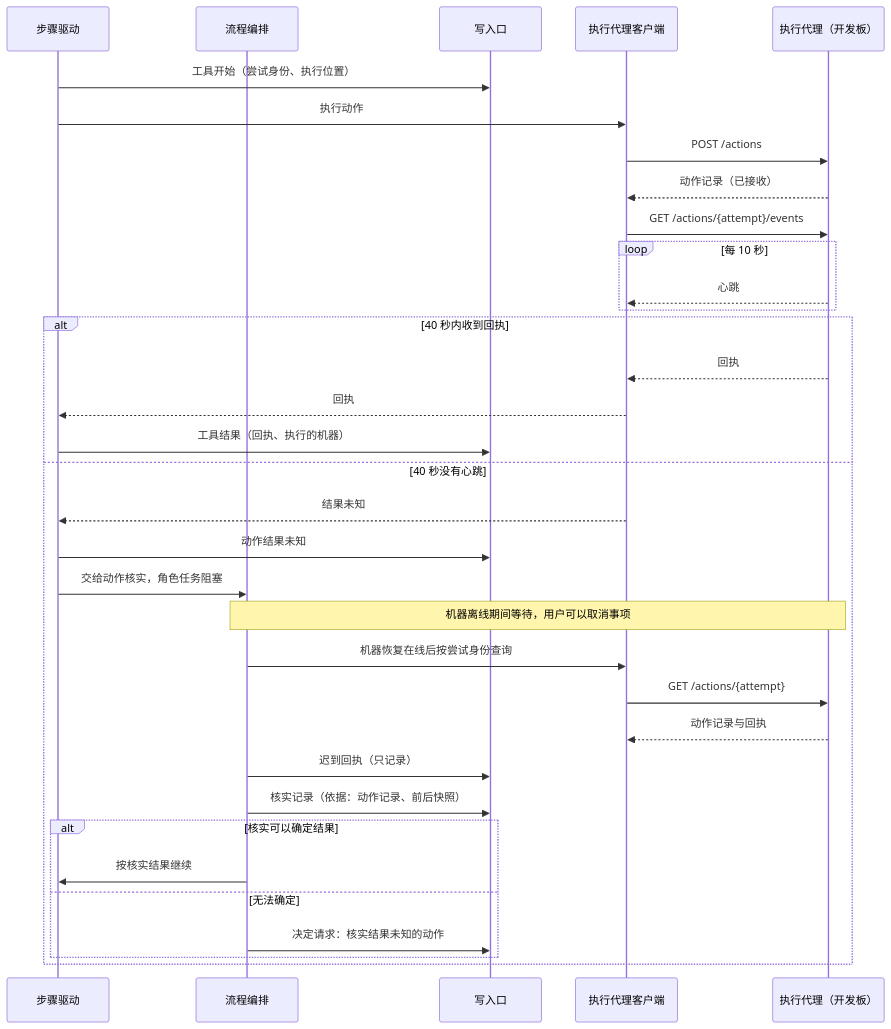
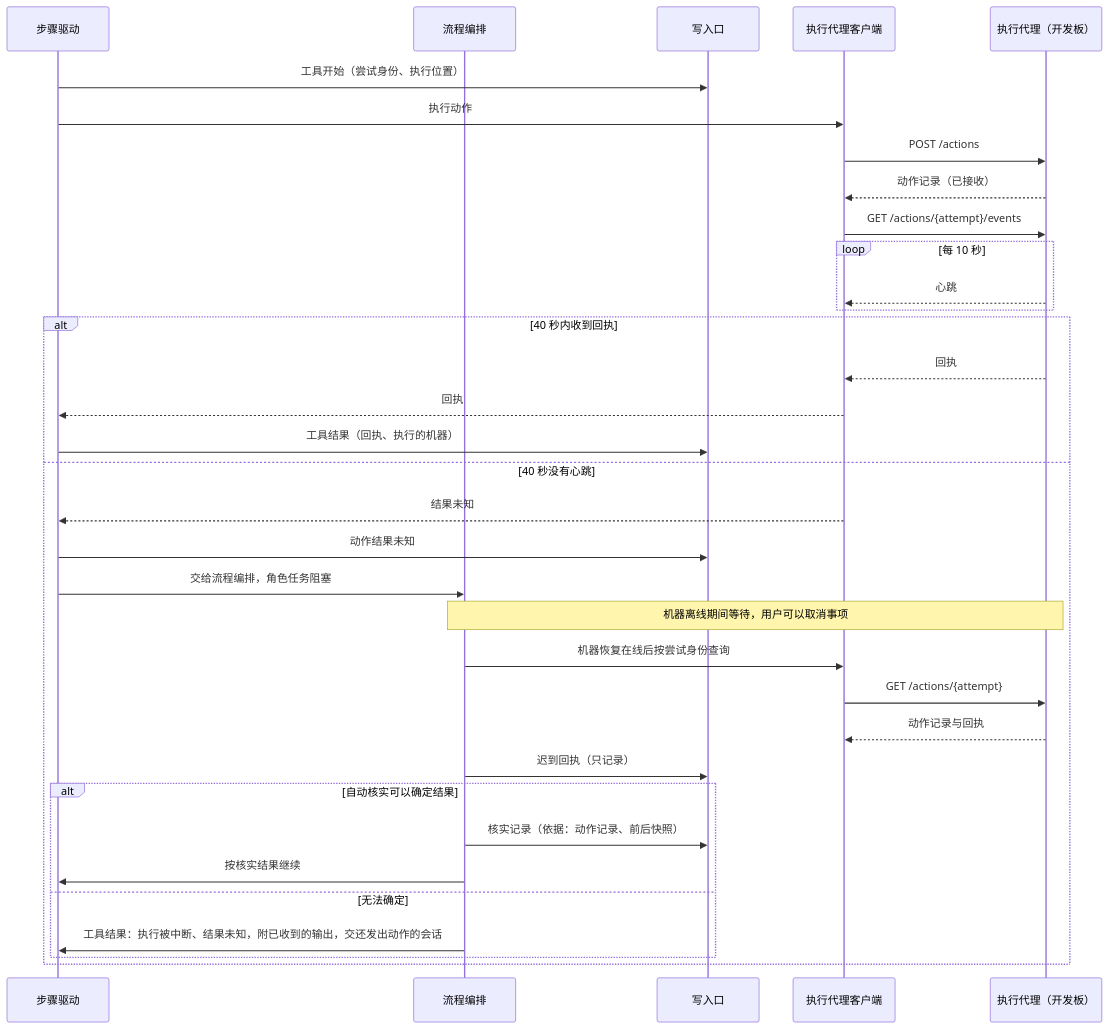
The third of 4 diagrams in docs/design/execution-environment.md (bender2333/yudao), drawn with Mermaid before and after one commit. The commit also changed other lines of this file and 29 other files, not shown here.

````diff
--- a/docs/design/execution-environment.md
+++ b/docs/design/execution-environment.md
@@ -290,36 +293,36 @@
 ```mermaid
 sequenceDiagram
   participant S as 步骤驱动
   participant O as 流程编排
   participant W as 写入口
   participant C as 执行代理客户端
   participant A as 执行代理（开发板）
   S->>W: 工具开始（尝试身份、执行位置）
   S->>C: 执行动作
   C->>A: POST /actions
   A-->>C: 动作记录（已接收）
   C->>A: GET /actions/{attempt}/events
   loop 每 10 秒
     A-->>C: 心跳
   end
   alt 40 秒内收到回执
     A-->>C: 回执
     C-->>S: 回执
     S->>W: 工具结果（回执、执行的机器）
   else 40 秒没有心跳
     C-->>S: 结果未知
     S->>W: 动作结果未知
-    S->>O: 交给动作核实，角色任务阻塞
+    S->>O: 交给流程编排，角色任务阻塞
     Note over O,A: 机器离线期间等待，用户可以取消事项
     O->>C: 机器恢复在线后按尝试身份查询
     C->>A: GET /actions/{attempt}
     A-->>C: 动作记录与回执
     O->>W: 迟到回执（只记录）
-    O->>W: 核实记录（依据：动作记录、前后快照）
-    alt 核实可以确定结果
+    alt 自动核实可以确定结果
+      O->>W: 核实记录（依据：动作记录、前后快照）
       O->>S: 按核实结果继续
     else 无法确定
-      O->>W: 决定请求：核实结果未知的动作
+      O->>S: 工具结果：执行被中断、结果未知，附已收到的输出，交还发出动作的会话
     end
   end
 ```
````
